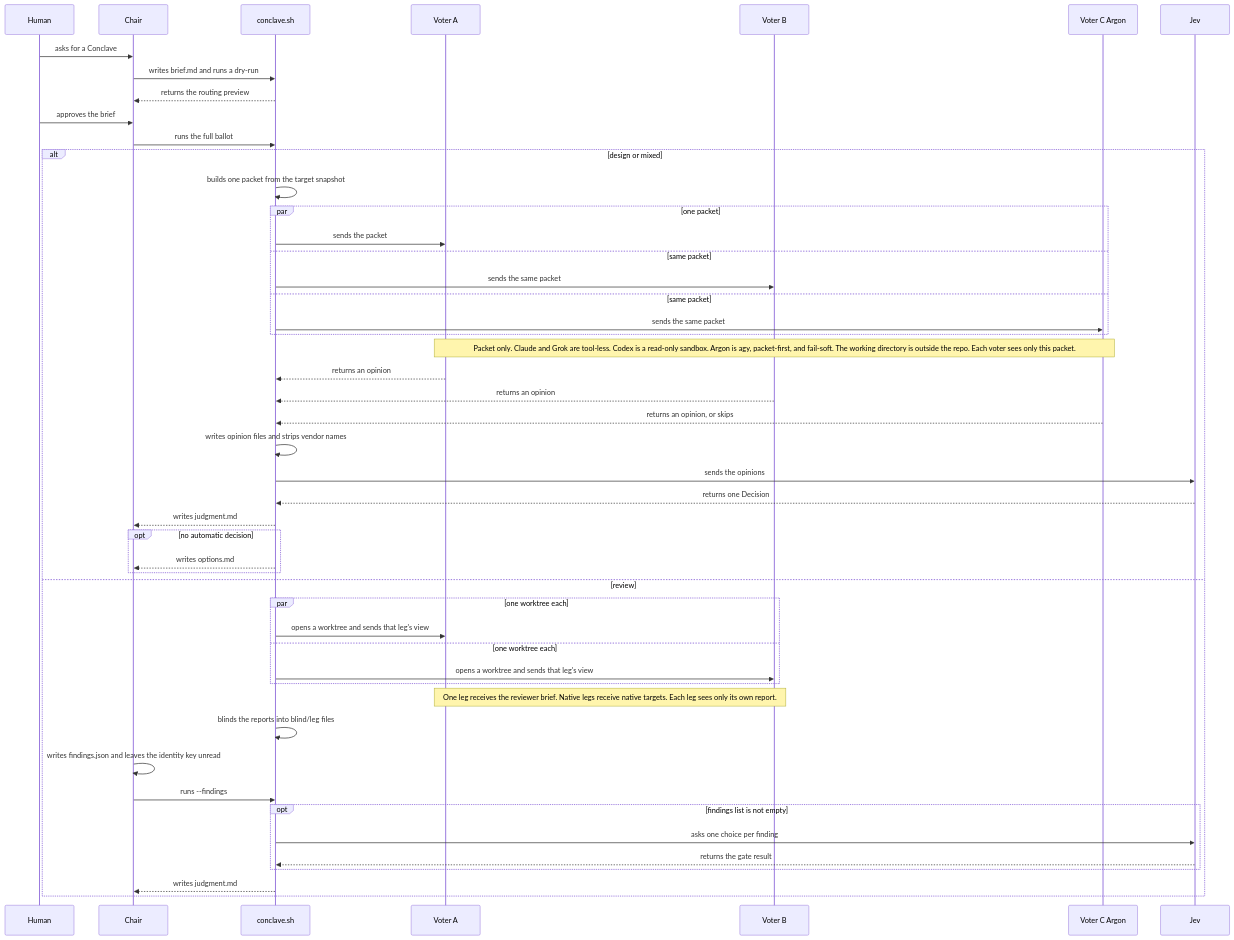
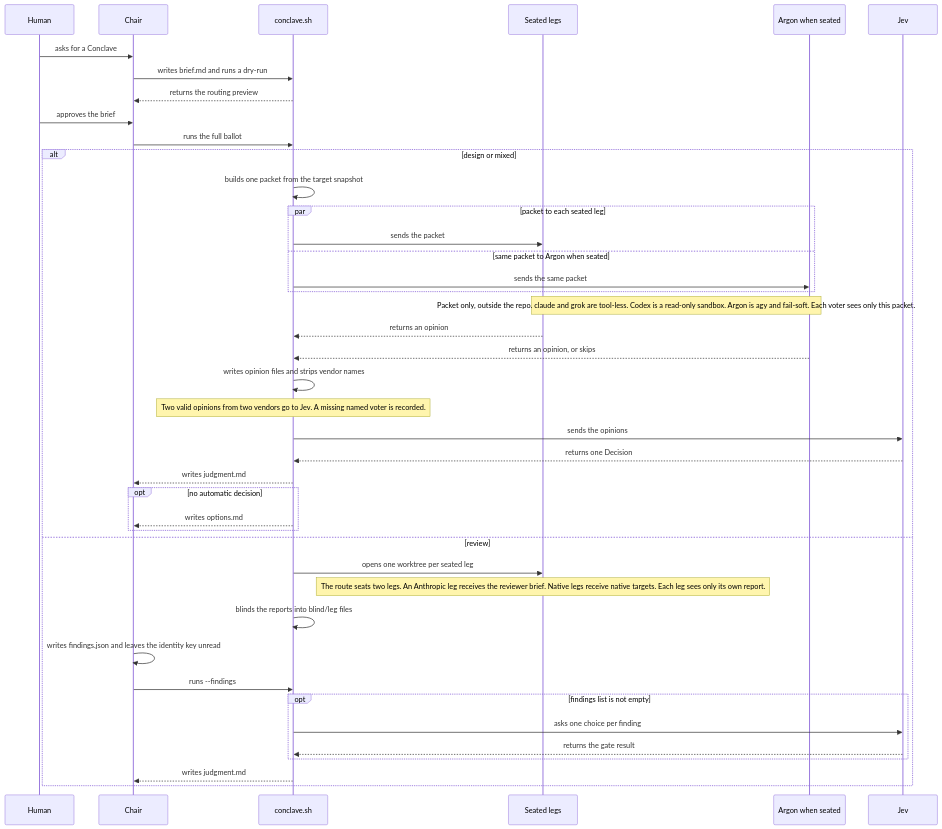
One commit to rymiwe/conclave changed the second of 3 diagrams in README.md. Above: the diagram before and after it, drawn with Mermaid. The commit also changed other lines of this file, not shown here.

First line of the commit message:
Document router-seated voters, the two-vendor judge rule, and the review risk rating. (#20)

````diff
--- a/README.md
+++ b/README.md
@@ -55,51 +56,44 @@
 ```mermaid
 sequenceDiagram
   participant Human
   participant Chair
   participant Script as conclave.sh
-  participant A as Voter A
-  participant B as Voter B
-  participant C as Voter C Argon
+  participant Legs as Seated legs
+  participant Argon as Argon when seated
   participant Jev
   Human->>Chair: asks for a Conclave
   Chair->>Script: writes brief.md and runs a dry-run
   Script-->>Chair: returns the routing preview
   Human->>Chair: approves the brief
   Chair->>Script: runs the full ballot
   alt design or mixed
     Script->>Script: builds one packet from the target snapshot
-    par one packet
-      Script->>A: sends the packet
-    and same packet
-      Script->>B: sends the same packet
-    and same packet
-      Script->>C: sends the same packet
+    par packet to each seated leg
+      Script->>Legs: sends the packet
+    and same packet to Argon when seated
+      Script->>Argon: sends the same packet
     end
-    Note over A,C: Packet only. Claude and Grok are tool-less. Codex is a read-only sandbox. Argon is agy, packet-first, and fail-soft. The working directory is outside the repo. Each voter sees only this packet.
-    A-->>Script: returns an opinion
-    B-->>Script: returns an opinion
-    C-->>Script: returns an opinion, or skips
+    Note over Legs,Argon: Packet only, outside the repo. claude and grok are tool-less. Codex is a read-only sandbox. Argon is agy and fail-soft. Each voter sees only this packet.
+    Legs-->>Script: returns an opinion
+    Argon-->>Script: returns an opinion, or skips
     Script->>Script: writes opinion files and strips vendor names
+    Note over Script: Two valid opinions from two vendors go to Jev. A missing named voter is recorded.
     Script->>Jev: sends the opinions
     Jev-->>Script: returns one Decision
     Script-->>Chair: writes judgment.md
     opt no automatic decision
       Script-->>Chair: writes options.md
     end
   else review
-    par one worktree each
-      Script->>A: opens a worktree and sends that leg's view
-    and one worktree each
-      Script->>B: opens a worktree and sends that leg's view
-    end
-    Note over A,B: One leg receives the reviewer brief. Native legs receive native targets. Each leg sees only its own report.
+    Script->>Legs: opens one worktree per seated leg
+    Note over Legs: The route seats two legs. An Anthropic leg receives the reviewer brief. Native legs receive native targets. Each leg sees only its own report.
     Script->>Script: blinds the reports into blind/leg files
     Chair->>Chair: writes findings.json and leaves the identity key unread
     Chair->>Script: runs --findings
     opt findings list is not empty
       Script->>Jev: asks one choice per finding
       Jev-->>Script: returns the gate result
     end
     Script-->>Chair: writes judgment.md
   end
 ```
````
